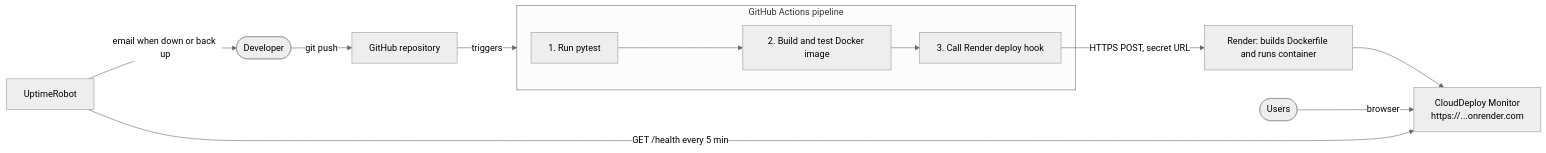
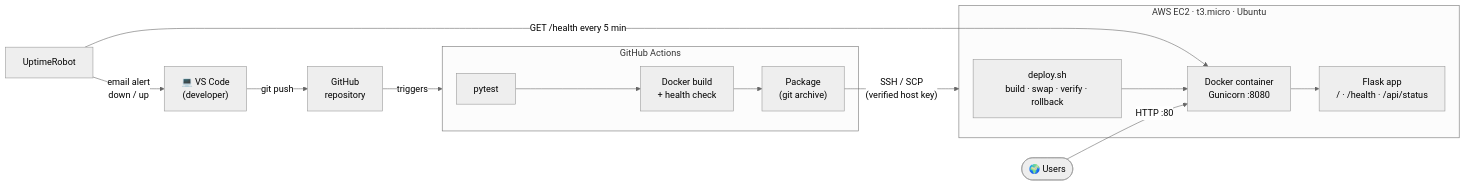
Before and after one commit to sagniksannigrahi/clouddeploy-monitor: the diagram in README.md, drawn with Mermaid (neutral theme). The commit also changed other lines of this file and 12 other files, not shown here.

First line of the commit message:
Switch deployment from Render to AWS EC2 over SSH

````diff
--- a/README.md
+++ b/README.md
@@ -50,15 +53,20 @@
 ```mermaid
 flowchart LR
-    Dev([Developer]) -->|git push| GH[GitHub repository]
+    Dev["💻 VS Code<br/>(developer)"] -->|git push| GH["GitHub<br/>repository"]
     GH -->|triggers| GA
 
-    subgraph GA[GitHub Actions pipeline]
-        T[1. Run pytest] --> B[2. Build and test Docker image] --> D[3. Call Render deploy hook]
+    subgraph GA["GitHub Actions"]
+        T["pytest"] --> B["Docker build<br/>+ health check"] --> P["Package<br/>(git archive)"]
     end
 
-    D -->|HTTPS POST, secret URL| R[Render: builds Dockerfile and runs container]
-    R --> App[CloudDeploy Monitor\nhttps://...onrender.com]
-    User([Users]) -->|browser| App
-    UR[UptimeRobot] -->|GET /health every 5 min| App
-    UR -->|email when down or back up| Dev
+    P -->|"SSH / SCP<br/>(verified host key)"| EC2
+
+    subgraph EC2["AWS EC2 · t3.micro · Ubuntu"]
+        DS["deploy.sh<br/>build · swap · verify · rollback"] --> C["Docker container<br/>Gunicorn :8080"]
+        C --> F["Flask app<br/>/ · /health · /api/status"]
+    end
+
+    Users(["🌍 Users"]) -->|"HTTP :80"| C
+    UR["UptimeRobot"] -->|"GET /health every 5 min"| C
+    UR -->|"email alert<br/>down / up"| Dev
 ```
````
